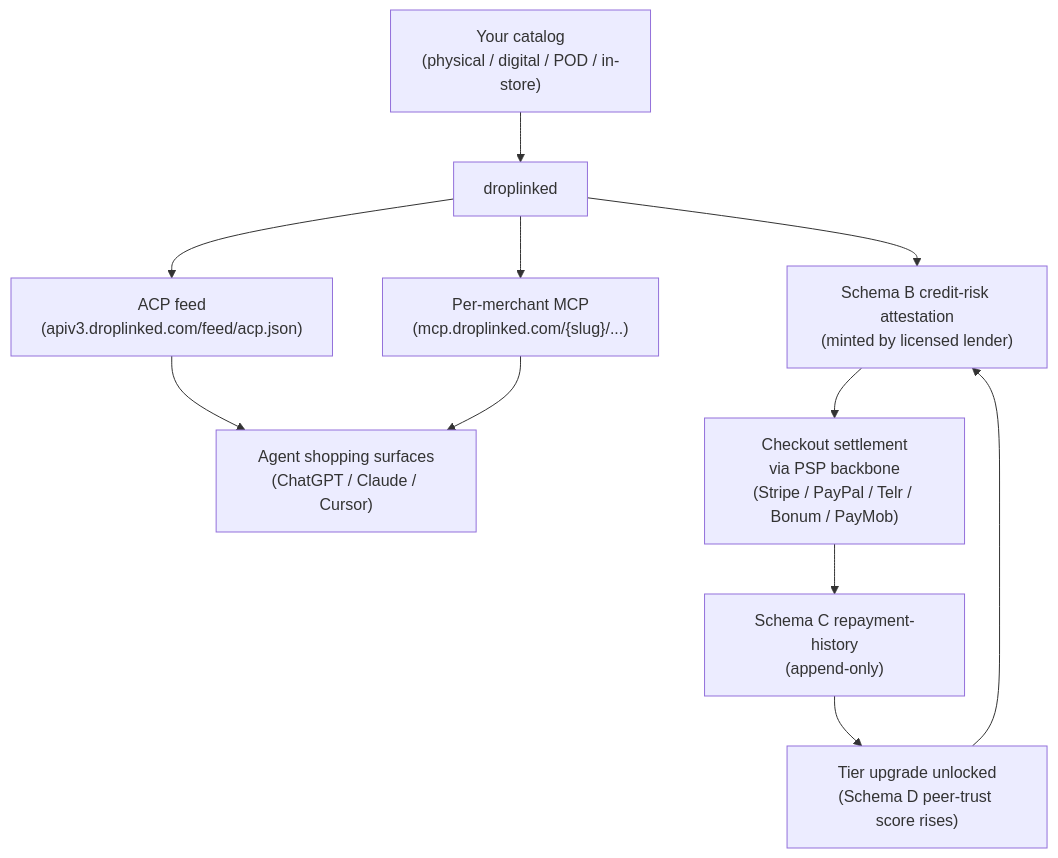
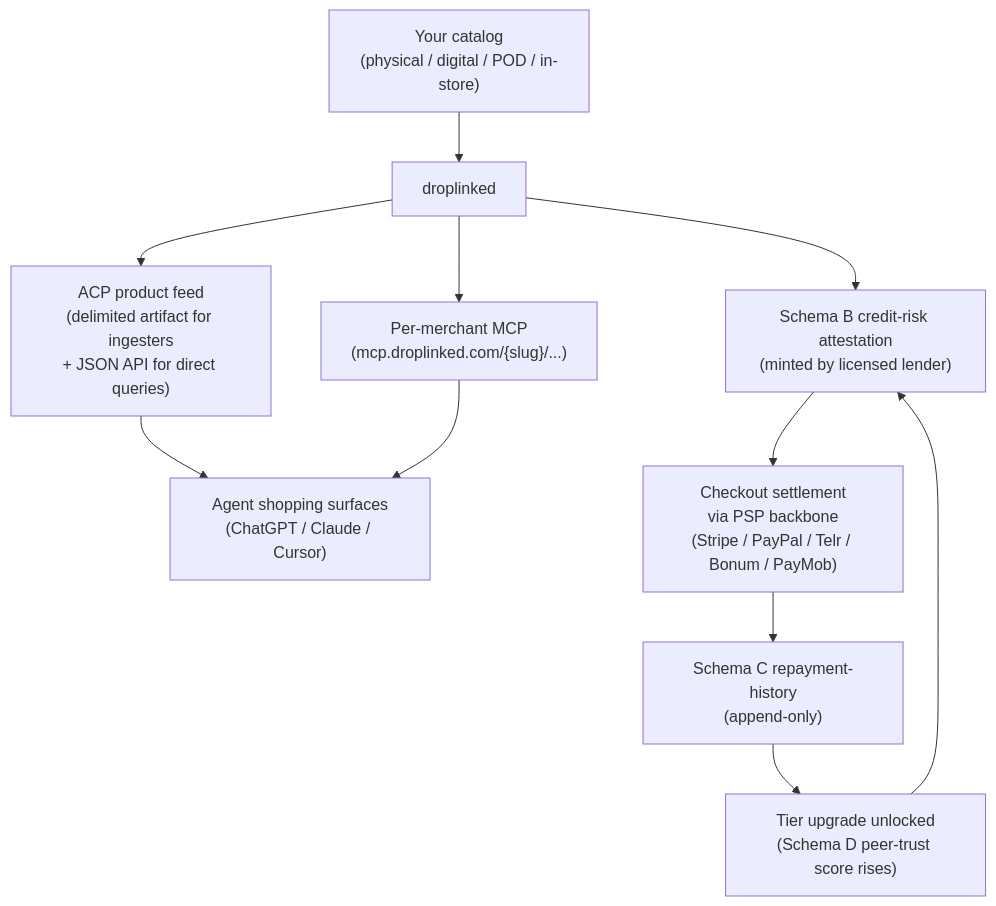
The diagram in concepts/for-merchants.mdx (droplinked/starter), drawn with Mermaid before and after one commit. The commit also changed other lines of this file and 10 other files, not shown here.

First line of the commit message:
docs(agentic): stop calling a JSON endpoint the ACP feed; lead with the ingestible artifacts (#57)

````diff
--- a/concepts/for-merchants.mdx
+++ b/concepts/for-merchants.mdx
@@ -57,13 +57,13 @@
 ```mermaid
 flowchart TD
     A["Your catalog<br/>(physical / digital / POD / in-store)"] --> B["droplinked"]
-    B --> C["ACP feed<br/>(apiv3.droplinked.com/feed/acp.json)"]
+    B --> C["ACP product feed<br/>(delimited artifact for ingesters<br/>+ JSON API for direct queries)"]
     B --> D["Per-merchant MCP<br/>(mcp.droplinked.com/{slug}/...)"]
     C --> E["Agent shopping surfaces<br/>(ChatGPT / Claude / Cursor)"]
     D --> E
     B --> F["Schema B credit-risk attestation<br/>(minted by licensed lender)"]
     F --> G["Checkout settlement<br/>via PSP backbone<br/>(Stripe / PayPal / Telr / Bonum / PayMob)"]
     G --> H["Schema C repayment-history<br/>(append-only)"]
     H --> I["Tier upgrade unlocked<br/>(Schema D peer-trust score rises)"]
     I --> F
 ```
````
